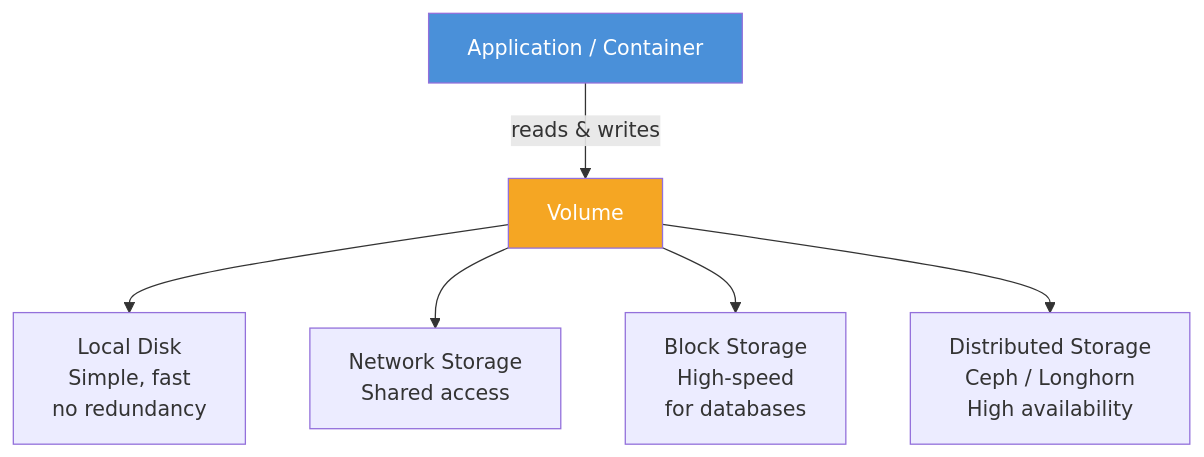
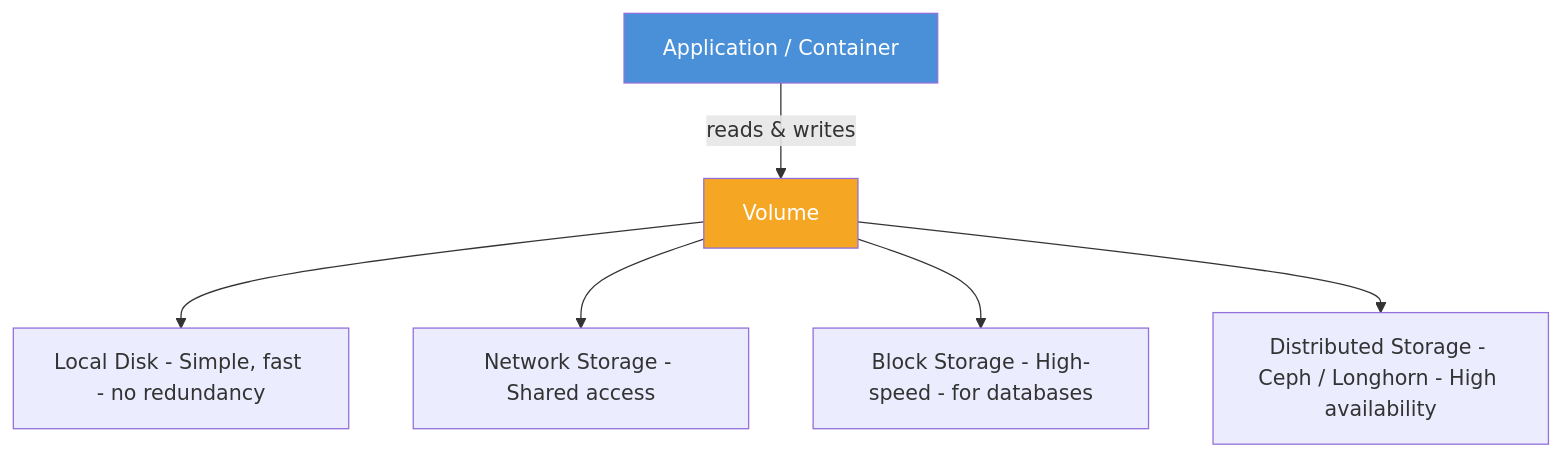
The first of 5 diagrams in pages/Data_storage.qmd (abecam/DeKCD-DMOnTheCloud), drawn with Mermaid before and after one commit. The commit also changed other lines of this file, not shown here.

Commit message:
Fixed mermaid schemas (\n replaced to -).

````diff
--- a/pages/Data_storage.qmd
+++ b/pages/Data_storage.qmd
@@ -35,11 +35,11 @@
 ```{mermaid}
 flowchart TD
     A[Application / Container] -->|reads & writes| V[Volume]
-    V --> L[Local Disk\nSimple, fast\nno redundancy]
-    V --> N[Network Storage\nShared access]
-    V --> B[Block Storage\nHigh-speed\nfor databases]
-    V --> D[Distributed Storage\nCeph / Longhorn\nHigh availability]
+    V --> L[Local Disk - Simple, fast - no redundancy]
+    V --> N[Network Storage - Shared access]
+    V --> B[Block Storage - High-speed - for databases]
+    V --> D[Distributed Storage - Ceph / Longhorn - High availability]
 
     style A fill:#4A90D9,color:#fff
     style V fill:#F5A623,color:#fff
 ```
````
